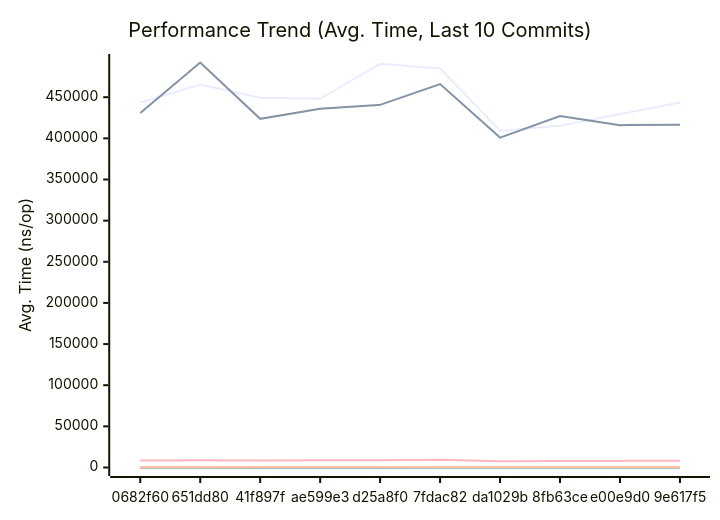
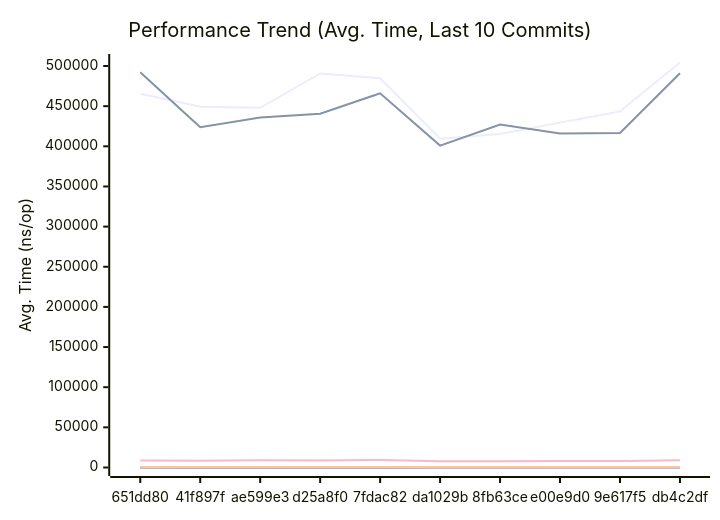
Before and after one commit to alsotoes/momo: the first of 3 diagrams in docs/PERFORMANCE.md, drawn with Mermaid. The commit also changed other lines of this file and 3 other files, not shown here.

````diff
--- a/docs/PERFORMANCE.md
+++ b/docs/PERFORMANCE.md
@@ -145,20 +145,20 @@
 ```mermaid
 xychart-beta
     title "Performance Trend (Avg. Time, Last 10 Commits)"
     x-axis "Commit"
     y-axis "Avg. Time (ns/op)"
-    x-axis [0682f60,651dd80,41f897f,ae599e3,d25a8f0,7fdac82,da1029b,8fb63ce,e00e9d0,9e617f5]
-    line "AWSChunkedReaderSigned" [443312,465495,449386,448000,490719,484836,409335,415353,429495,443463]
-    line "AWSChunkedReaderUnsigned" [430915,492166,423737,435828,440689,465971,400921,427097,416046,416589]
-    line "CheckMetricsAndSwap" [9,8,8,9,8,10,7,8,8,7]
-    line "CrushOptimized" [292,388,386,330,354,427,297,293,318,318]
-    line "CrushOriginal" [424,557,423,425,439,459,396,411,411,409]
+    x-axis [651dd80,41f897f,ae599e3,d25a8f0,7fdac82,da1029b,8fb63ce,e00e9d0,9e617f5,db4c2df]
+    line "AWSChunkedReaderSigned" [465495,449386,448000,490719,484836,409335,415353,429495,443463,504383]
+    line "AWSChunkedReaderUnsigned" [492166,423737,435828,440689,465971,400921,427097,416046,416589,490906]
+    line "CheckMetricsAndSwap" [8,8,9,8,10,7,8,8,7,8]
+    line "CrushOptimized" [388,386,330,354,427,297,293,318,318,375]
+    line "CrushOriginal" [557,423,425,439,459,396,411,411,409,471]
     line "IndexDirectTracking" [0,0,0,0,0,0,0,0,0,0]
-    line "IndexSearch" [3,3,2,2,2,2,2,2,2,2]
-    line "LoadGlobalConfig" [8358,8807,8472,8919,8791,9473,7743,7862,8049,8138]
-    line "PadString" [38,50,47,41,47,46,38,38,39,39]
+    line "IndexSearch" [3,2,2,2,2,2,2,2,2,2]
+    line "LoadGlobalConfig" [8807,8472,8919,8791,9473,7743,7862,8049,8138,9117]
+    line "PadString" [50,47,41,47,46,38,38,39,39,49]
     line "ParseReplicationOrder_NoPrealloc" [350,349,357,354,345,225,229,165,232,234]
     line "ParseReplicationOrder_Prealloc" [229,231,237,234,229,108,107,80,110,109]
-    line "SanitizeLog/Safe" [490,475,259,236,446,421,213,231,213,222]
-    line "SanitizeLog/Unsafe" [551,638,691,701,564,628,658,674,673,658]
+    line "SanitizeLog/Safe" [475,259,236,446,421,213,231,213,222,430]
+    line "SanitizeLog/Unsafe" [638,691,701,564,628,658,674,673,658,601]
 ```
````
